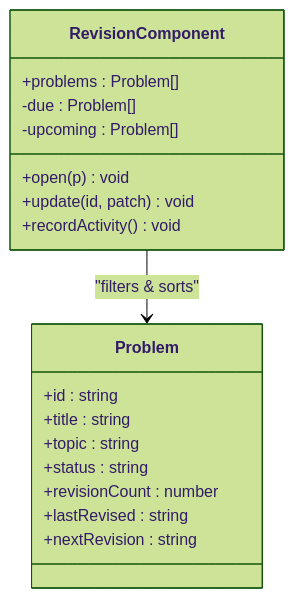
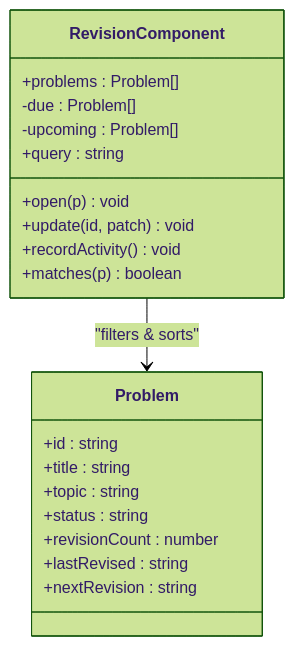
Before and after one commit to iamrituraj/DSA-Tracker: the fifth of 10 diagrams in .qoder/repowiki/en/content/Frontend Application/Revision System.md, drawn with Mermaid (forest theme). The commit also changed other lines of this file and 8 other files, not shown here.

````diff
--- a/.qoder/repowiki/en/content/Frontend Application/Revision System.md
+++ b/.qoder/repowiki/en/content/Frontend Application/Revision System.md
@@ -142,21 +159,23 @@
 ```mermaid
 classDiagram
 class RevisionComponent {
 +problems : Problem[]
 +open(p) void
 +update(id, patch) void
 +recordActivity() void
 -due : Problem[]
 -upcoming : Problem[]
++query : string
++matches(p) boolean
 }
 class Problem {
 +id : string
 +title : string
 +topic : string
 +status : string
 +revisionCount : number
 +lastRevised : string
 +nextRevision : string
 }
 RevisionComponent --> Problem : "filters & sorts"
 ```
````
